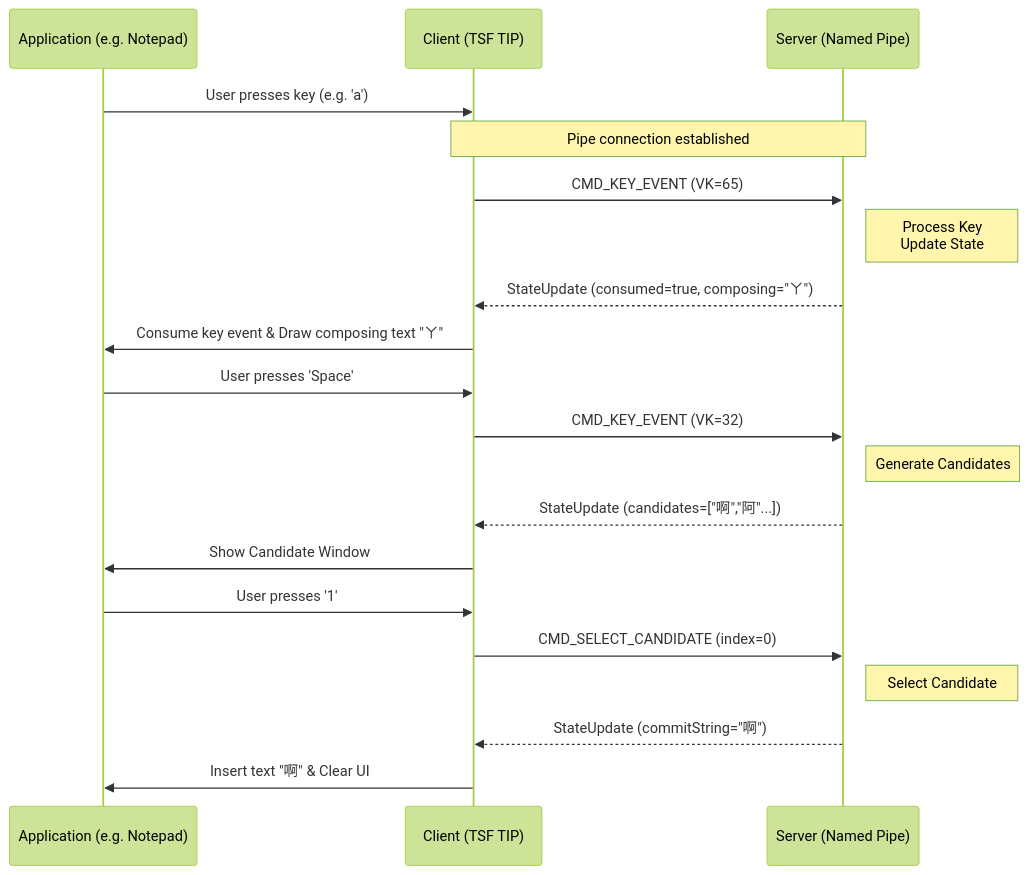
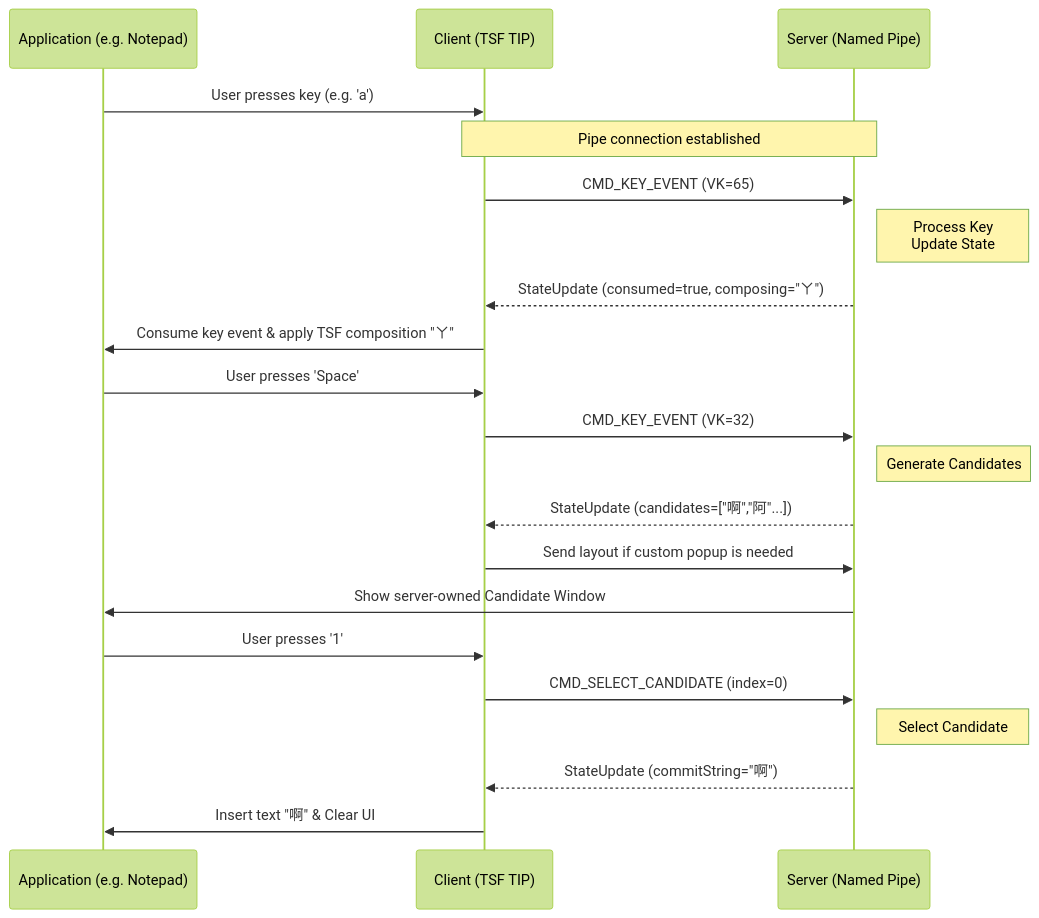
One commit to openvanilla/win-mcbopomofo changed the diagram in docs/ipc-protocol.md. Above: the diagram before and after it, drawn with Mermaid (forest theme). The commit also changed other lines of this file and 5 other files, not shown here.

Commit message:
docs: clarify server-owned candidate UI

````diff
--- a/docs/ipc-protocol.md
+++ b/docs/ipc-protocol.md
@@ -28,25 +28,26 @@
 ```mermaid
 sequenceDiagram
     participant App as Application (e.g. Notepad)
     participant Client as Client (TSF TIP)
     participant Server as Server (Named Pipe)
 
     App->>Client: User presses key (e.g. 'a')
     Note over Client,Server: Pipe connection established
     Client->>Server: CMD_KEY_EVENT (VK=65)
     Note right of Server: Process Key<br/>Update State
     Server-->>Client: StateUpdate (consumed=true, composing="ㄚ")
-    Client->>App: Consume key event & Draw composing text "ㄚ"
+    Client->>App: Consume key event & apply TSF composition "ㄚ"
 
     App->>Client: User presses 'Space'
     Client->>Server: CMD_KEY_EVENT (VK=32)
     Note right of Server: Generate Candidates
     Server-->>Client: StateUpdate (candidates=["啊","阿"...])
-    Client->>App: Show Candidate Window
+    Client->>Server: Send layout if custom popup is needed
+    Server->>App: Show server-owned Candidate Window
 
     App->>Client: User presses '1'
     Client->>Server: CMD_SELECT_CANDIDATE (index=0)
     Note right of Server: Select Candidate
     Server-->>Client: StateUpdate (commitString="啊")
     Client->>App: Insert text "啊" & Clear UI
 ```
````
